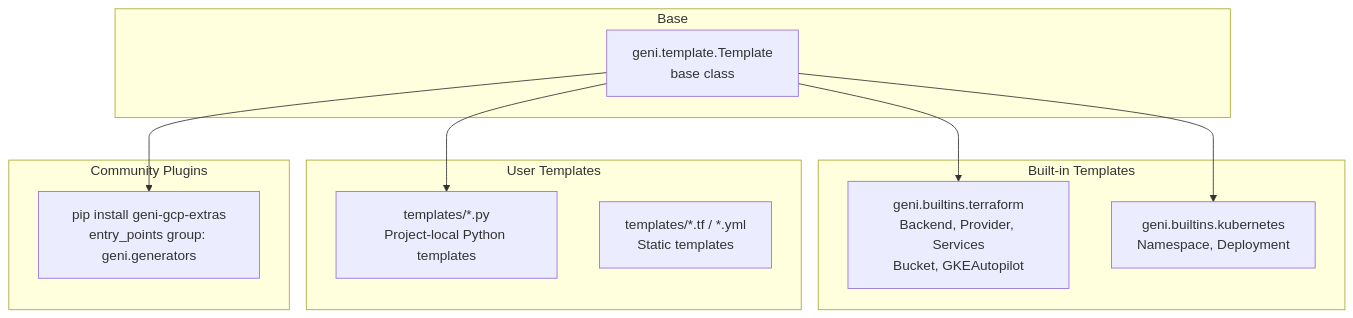
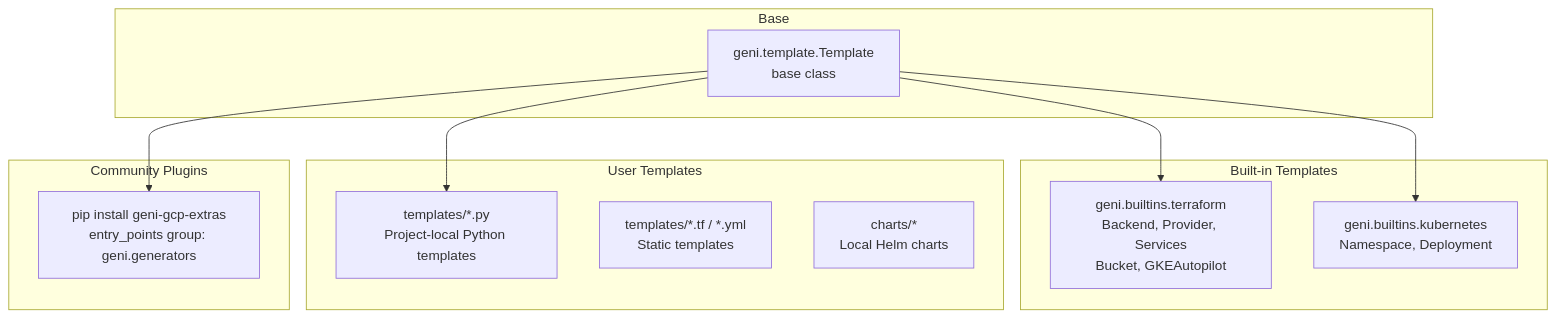
One commit to AgathEmmanuel/geni changed the tenth of 16 diagrams in ARCHITECTURE.md. Above: the diagram before and after it, drawn with Mermaid. The commit also changed other lines of this file and 46 other files, not shown here.

````diff
--- a/ARCHITECTURE.md
+++ b/ARCHITECTURE.md
@@ -351,25 +390,26 @@
 ```mermaid
 flowchart TD
     subgraph Base
         TB["geni.template.Template<br/>base class"]
     end
 
     subgraph Builtins ["Built-in Templates"]
         TFB["geni.builtins.terraform<br/>Backend, Provider, Services<br/>Bucket, GKEAutopilot"]
         K8B["geni.builtins.kubernetes<br/>Namespace, Deployment"]
     end
 
     subgraph Local ["User Templates"]
         LT["templates/*.py<br/>Project-local Python templates"]
         LS["templates/*.tf / *.yml<br/>Static templates"]
+        LC["charts/*<br/>Local Helm charts"]
     end
 
     subgraph Community ["Community Plugins"]
         EP["pip install geni-gcp-extras<br/>entry_points group: geni.generators"]
     end
 
     TB --> TFB
     TB --> K8B
     TB --> LT
     TB --> EP
 ```
````
